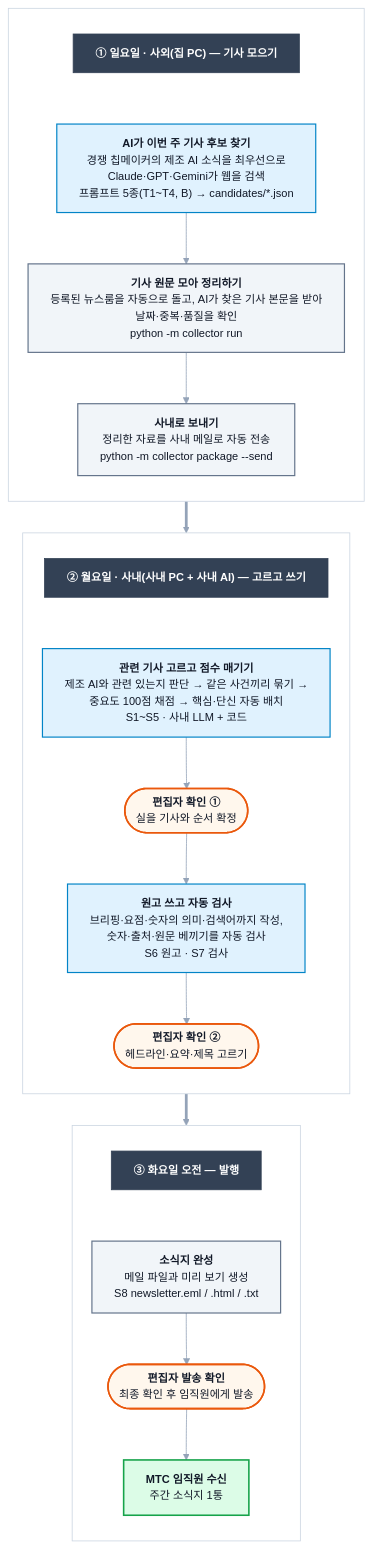
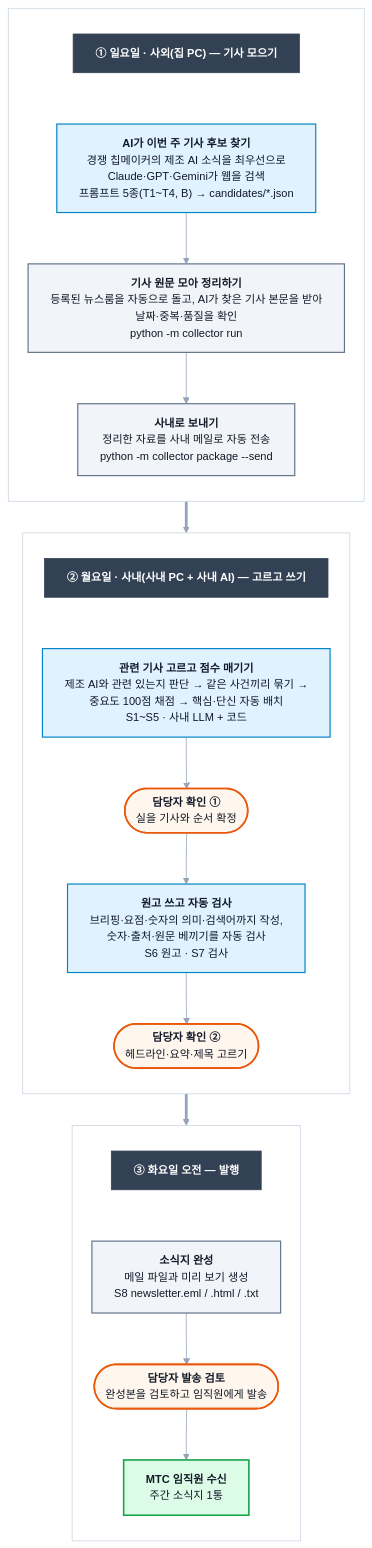
Before and after one commit to Hodong305/axpi_weekly_report: the diagram in docs/process/01-overview.mmd, drawn with Mermaid. The commit also changed 10 other files, not shown here.

```diff
--- a/docs/process/01-overview.mmd
+++ b/docs/process/01-overview.mmd
@@ -1,39 +1,39 @@
 %%{init: {"theme":"base","flowchart":{"htmlLabels":true,"curve":"basis","nodeSpacing":30,"rankSpacing":40,"wrappingWidth":420,"padding":14},"themeVariables":{"fontSize":"14px","primaryTextColor":"#111827","lineColor":"#94a3b8"},"themeCSS":".g{color:#6b7280 !important;font-size:12.5px;font-weight:normal} .t{color:#c2410c !important;font-size:11.5px;font-family:Menlo,Consolas,monospace;font-weight:normal} .nodeLabel b{font-size:15px} .cluster-label .nodeLabel{font-weight:bold;font-size:15px;color:#334155}"}}%%
 flowchart TD
     subgraph SUN[" "]
         direction TB
         H1["<b>① 일요일 · 사외(집 PC) — 기사 모으기</b>"]:::hdr
         A1["<b>AI가 이번 주 기사 후보 찾기</b><br/><span class='g'>경쟁 칩메이커의 제조 AI 소식을 최우선으로<br/>Claude·GPT·Gemini가 웹을 검색</span><br/><span class='t'>프롬프트 5종(T1~T4, B) → candidates/*.json</span>"]:::ai
         A2["<b>기사 원문 모아 정리하기</b><br/><span class='g'>등록된 뉴스룸을 자동으로 돌고, AI가 찾은 기사 본문을 받아<br/>날짜·중복·품질을 확인</span><br/><span class='t'>python -m collector run</span>"]:::auto
         A3["<b>사내로 보내기</b><br/><span class='g'>정리한 자료를 사내 메일로 자동 전송</span><br/><span class='t'>python -m collector package --send</span>"]:::auto
         H1 ~~~ A1
         A1 --> A2 --> A3
     end
     subgraph MON[" "]
         direction TB
         H2["<b>② 월요일 · 사내(사내 PC + 사내 AI) — 고르고 쓰기</b>"]:::hdr
         B1["<b>관련 기사 고르고 점수 매기기</b><br/><span class='g'>제조 AI와 관련 있는지 판단 → 같은 사건끼리 묶기 →<br/>중요도 100점 채점 → 핵심·단신 자동 배치</span><br/><span class='t'>S1~S5 · 사내 LLM + 코드</span>"]:::ai
-        R1(["<b>편집자 확인 ①</b><br/><span class='g'>실을 기사와 순서 확정</span>"]):::human
+        R1(["<b>담당자 확인 ①</b><br/><span class='g'>실을 기사와 순서 확정</span>"]):::human
         B2["<b>원고 쓰고 자동 검사</b><br/><span class='g'>브리핑·요점·숫자의 의미·검색어까지 작성,<br/>숫자·출처·원문 베끼기를 자동 검사</span><br/><span class='t'>S6 원고 · S7 검사</span>"]:::ai
-        R2(["<b>편집자 확인 ②</b><br/><span class='g'>헤드라인·요약·제목 고르기</span>"]):::human
+        R2(["<b>담당자 확인 ②</b><br/><span class='g'>헤드라인·요약·제목 고르기</span>"]):::human
         H2 ~~~ B1
         B1 --> R1 --> B2 --> R2
     end
     subgraph TUE[" "]
         direction TB
         H3["<b>③ 화요일 오전 — 발행</b>"]:::hdr
         C1["<b>소식지 완성</b><br/><span class='g'>메일 파일과 미리 보기 생성</span><br/><span class='t'>S8 newsletter.eml / .html / .txt</span>"]:::auto
-        R3(["<b>편집자 발송 확인</b><br/><span class='g'>최종 확인 후 임직원에게 발송</span>"]):::human
+        R3(["<b>담당자 발송 검토</b><br/><span class='g'>완성본을 검토하고 임직원에게 발송</span>"]):::human
         C2["<b>MTC 임직원 수신</b><br/><span class='g'>주간 소식지 1통</span>"]:::out
         H3 ~~~ C1
         C1 --> R3 --> C2
     end
     A3 ==> H2
     R2 ==> H3
     classDef ai fill:#e0f2fe,stroke:#0284c7,stroke-width:1.5px
     classDef auto fill:#f1f5f9,stroke:#64748b,stroke-width:1.5px
     classDef human fill:#fff7ed,stroke:#ea580c,stroke-width:2px
     classDef out fill:#dcfce7,stroke:#16a34a,stroke-width:2px
     classDef sg fill:#ffffff,stroke:#cbd5e1,stroke-width:1px
     classDef hdr fill:#334155,stroke:#334155,color:#ffffff
     class SUN,MON,TUE sg
```
